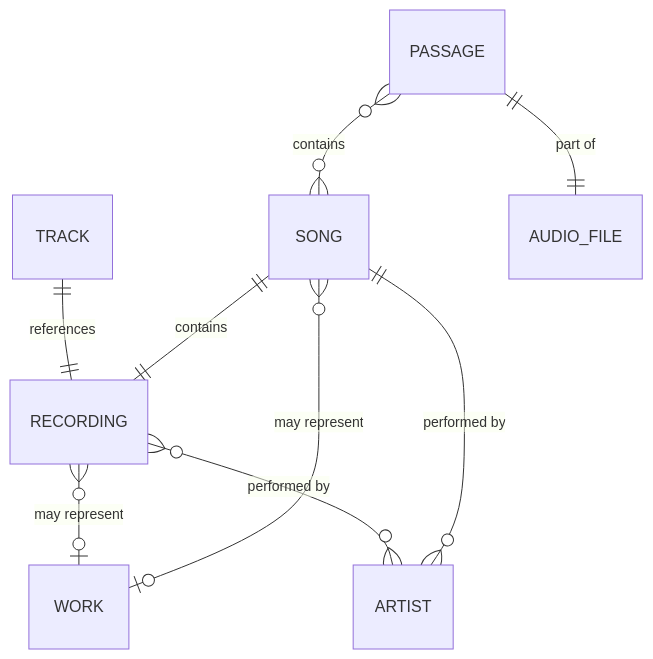
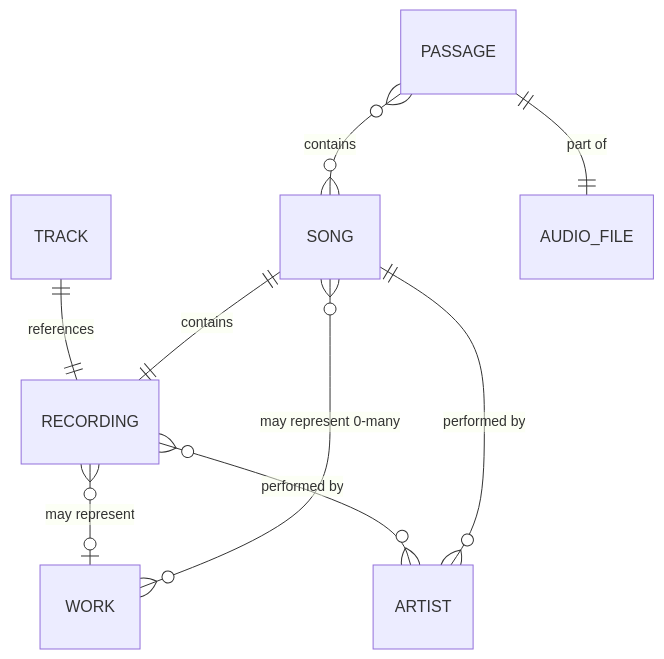
The diagram in entity_definitions.md (MangoCats/McRhythm), drawn with Mermaid before and after one commit. The commit also changed other lines of this file and 17 other files, not shown here.

````diff
--- a/entity_definitions.md
+++ b/entity_definitions.md
@@ -45,11 +49,11 @@
 ```mermaid
 erDiagram
     TRACK ||--|| RECORDING : references
     RECORDING }o--o| WORK : "may represent"
     RECORDING }o--o{ ARTIST : "performed by"
     SONG ||--|| RECORDING : contains
-    SONG }o--o| WORK : "may represent"
+    SONG }o--o{ WORK : "may represent 0-many"
     SONG ||--o{ ARTIST : "performed by"
     PASSAGE }o--o{ SONG : contains
     PASSAGE ||--|| AUDIO_FILE : "part of"
 ```
````
